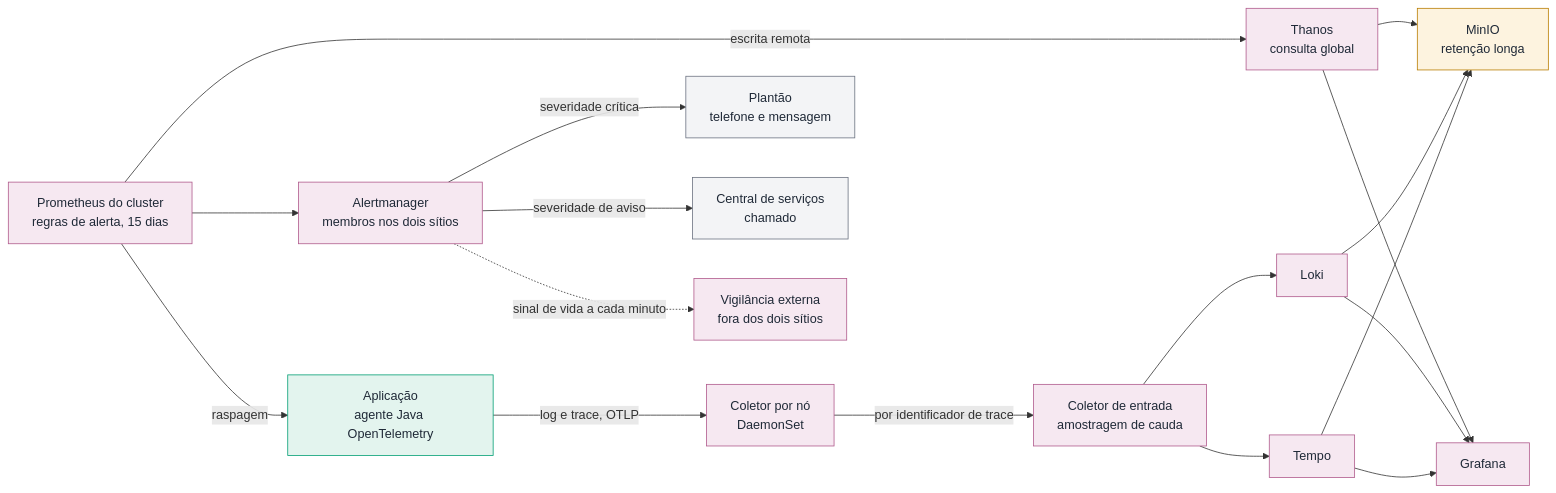
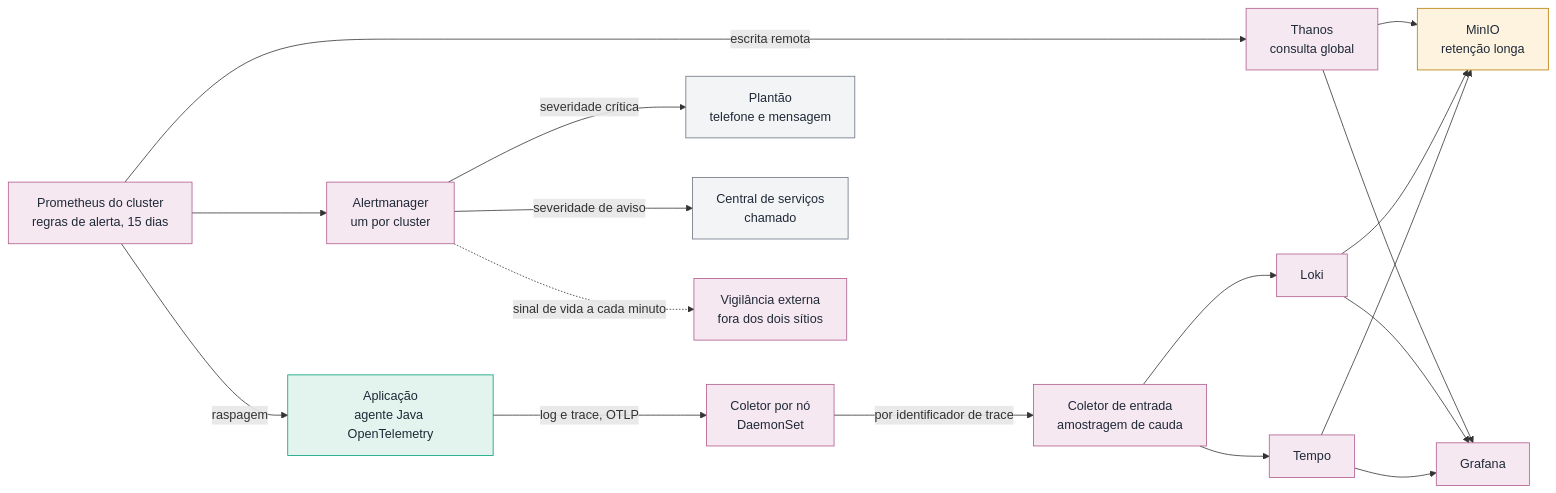
The diagram in docs/04-observabilidade.md (DiegoAmorimDev/plataforma-entrega-sefaz), drawn with Mermaid before and after one commit. The commit also changed other lines of this file and 34 other files, not shown here.

````diff
--- a/docs/04-observabilidade.md
+++ b/docs/04-observabilidade.md
@@ -18,44 +18,44 @@
 ```mermaid
 flowchart LR
     APP["Aplicação<br/>agente Java OpenTelemetry"]
     NODE["Coletor por nó<br/>DaemonSet"]
     GW["Coletor de entrada<br/>amostragem de cauda"]
     PROM["Prometheus do cluster<br/>regras de alerta, 15 dias"]
-    AM["Alertmanager<br/>membros nos dois sítios"]
+    AM["Alertmanager<br/>um por cluster"]
     THA["Thanos<br/>consulta global"]
     LOKI["Loki"]
     TEMPO["Tempo"]
     MINIO["MinIO<br/>retenção longa"]
     GRAF["Grafana"]
     ZAP["Plantão<br/>telefone e mensagem"]
     SD["Central de serviços<br/>chamado"]
     VIG["Vigilância externa<br/>fora dos dois sítios"]
 
     APP -->|log e trace, OTLP| NODE
     NODE -->|por identificador de trace| GW
     GW --> LOKI
     GW --> TEMPO
     PROM -->|raspagem| APP
     PROM -->|escrita remota| THA
     THA --> MINIO
     LOKI --> MINIO
     TEMPO --> MINIO
 
     THA --> GRAF
     LOKI --> GRAF
     TEMPO --> GRAF
 
     PROM --> AM
     AM -->|severidade crítica| ZAP
     AM -->|severidade de aviso| SD
     AM -.->|sinal de vida a cada minuto| VIG
 
     classDef execucao fill:#E3F4EE,stroke:#009E73,color:#1F2937
     classDef observacao fill:#F6E8F1,stroke:#B05A8C,color:#1F2937
     classDef dados fill:#FDF3DF,stroke:#B87D00,color:#1F2937
     classDef neutro fill:#F3F4F6,stroke:#6B7280,color:#1F2937
     class APP execucao
     class NODE,GW,PROM,AM,THA,LOKI,TEMPO,GRAF,VIG observacao
     class MINIO dados
     class ZAP,SD neutro
 ```
````
